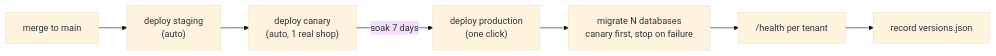
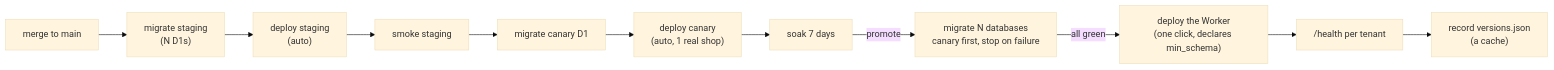
Before and after one commit to chandra447/Traasu: the diagram in docs/release-management.md, drawn with Mermaid (base theme). The commit also changed other lines of this file and 25 other files, not shown here.

````diff
--- a/docs/release-management.md
+++ b/docs/release-management.md
@@ -8,9 +9,13 @@
 ```mermaid
 flowchart LR
-    Merge["merge to main"] --> Stg["deploy staging<br/>(auto)"]
-    Stg --> Can["deploy canary<br/>(auto, 1 real shop)"]
-    Can -->|"soak 7 days"| Prod["deploy production<br/>(one click)"]
-    Prod --> Mig["migrate N databases<br/>canary first, stop on failure"]
-    Mig --> Smoke["/health per tenant"]
-    Smoke --> Reg["record versions.json"]
+    Merge["merge to main"] --> MigS["migrate staging<br/>(N D1s)"]
+    MigS --> DepS["deploy staging<br/>(auto)"]
+    DepS --> S1["smoke staging"]
+    S1 --> MigC["migrate canary D1"]
+    MigC --> DepC["deploy canary<br/>(auto, 1 real shop)"]
+    DepC --> Soak["soak 7 days"]
+    Soak -->|"promote"| MigP["migrate N databases<br/>canary first, stop on failure"]
+    MigP -->|"all green"| DepP["deploy the Worker<br/>(one click, declares min_schema)"]
+    DepP --> Smoke["/health per tenant"]
+    Smoke --> Reg["record versions.json<br/>(a cache)"]
 ```
````
